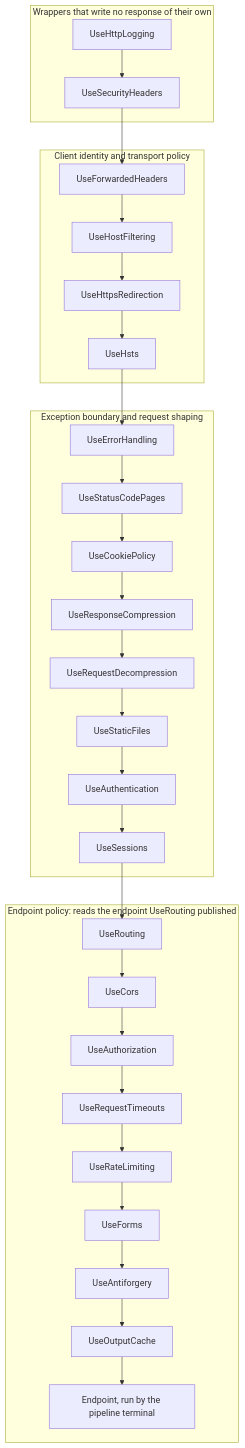
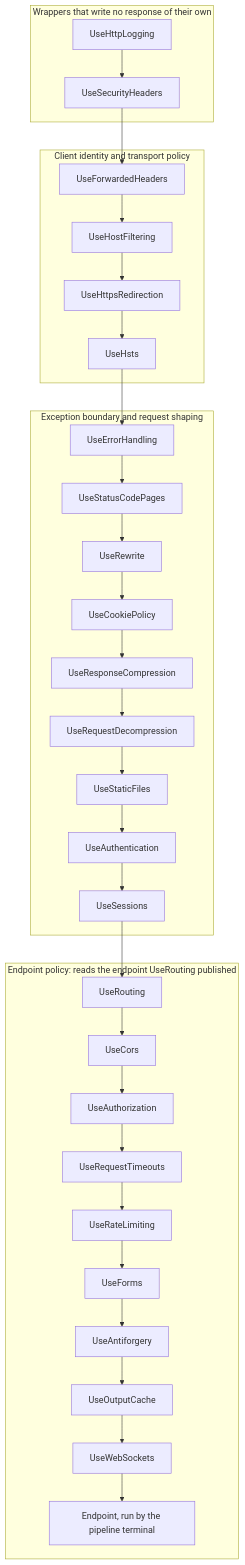
The diagram in docs/web/middleware-order.md (assimalign/cohesion-docs), drawn with Mermaid before and after one commit. The commit also changed other lines of this file and 8 other files, not shown here.

First line of the commit message:
docs(web): add the WebSockets and rewrite guides and update the middleware order

````diff
--- a/docs/web/middleware-order.md
+++ b/docs/web/middleware-order.md
@@ -18,18 +18,18 @@
 ```mermaid
 flowchart TD
     subgraph Outer["Wrappers that write no response of their own"]
         Logging["UseHttpLogging"] --> Headers["UseSecurityHeaders"]
     end
     subgraph Identity["Client identity and transport policy"]
         Forwarded["UseForwardedHeaders"] --> Hosts["UseHostFiltering"] --> Https["UseHttpsRedirection"] --> Hsts["UseHsts"]
     end
     subgraph Shaping["Exception boundary and request shaping"]
-        Errors["UseErrorHandling"] --> Pages["UseStatusCodePages"] --> Cookies["UseCookiePolicy"] --> Compress["UseResponseCompression"] --> Decompress["UseRequestDecompression"] --> Static["UseStaticFiles"] --> Authn["UseAuthentication"] --> Sessions["UseSessions"]
+        Errors["UseErrorHandling"] --> Pages["UseStatusCodePages"] --> Rewrite["UseRewrite"] --> Cookies["UseCookiePolicy"] --> Compress["UseResponseCompression"] --> Decompress["UseRequestDecompression"] --> Static["UseStaticFiles"] --> Authn["UseAuthentication"] --> Sessions["UseSessions"]
     end
     subgraph Policy["Endpoint policy: reads the endpoint UseRouting published"]
-        Routing["UseRouting"] --> Cors["UseCors"] --> Authz["UseAuthorization"] --> Timeouts["UseRequestTimeouts"] --> Limits["UseRateLimiting"] --> Forms["UseForms"] --> Csrf["UseAntiforgery"] --> Cache["UseOutputCache"] --> Endpoint["Endpoint, run by the pipeline terminal"]
+        Routing["UseRouting"] --> Cors["UseCors"] --> Authz["UseAuthorization"] --> Timeouts["UseRequestTimeouts"] --> Limits["UseRateLimiting"] --> Forms["UseForms"] --> Csrf["UseAntiforgery"] --> Cache["UseOutputCache"] --> Sockets["UseWebSockets"] --> Endpoint["Endpoint, run by the pipeline terminal"]
     end
     Headers --> Forwarded
     Hsts --> Errors
     Sessions --> Routing
 ```
````
